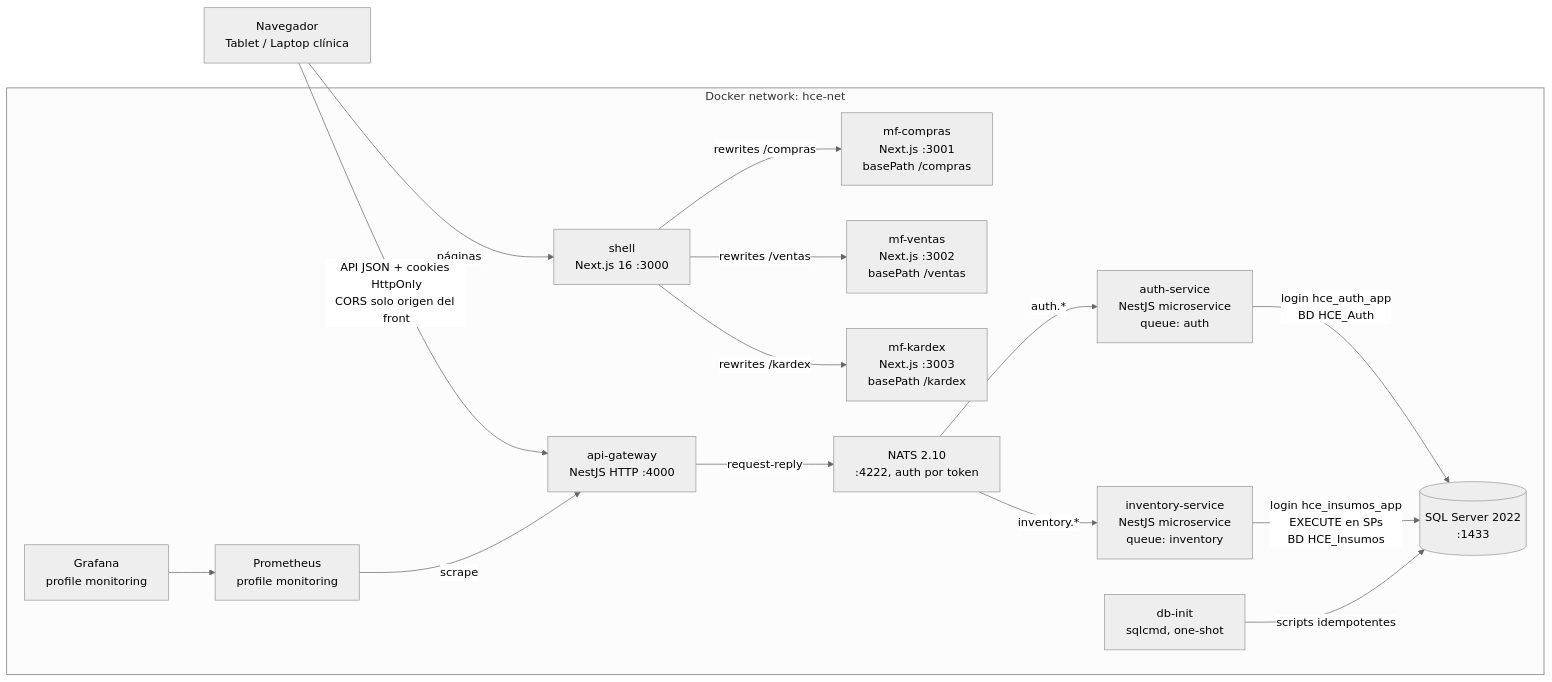
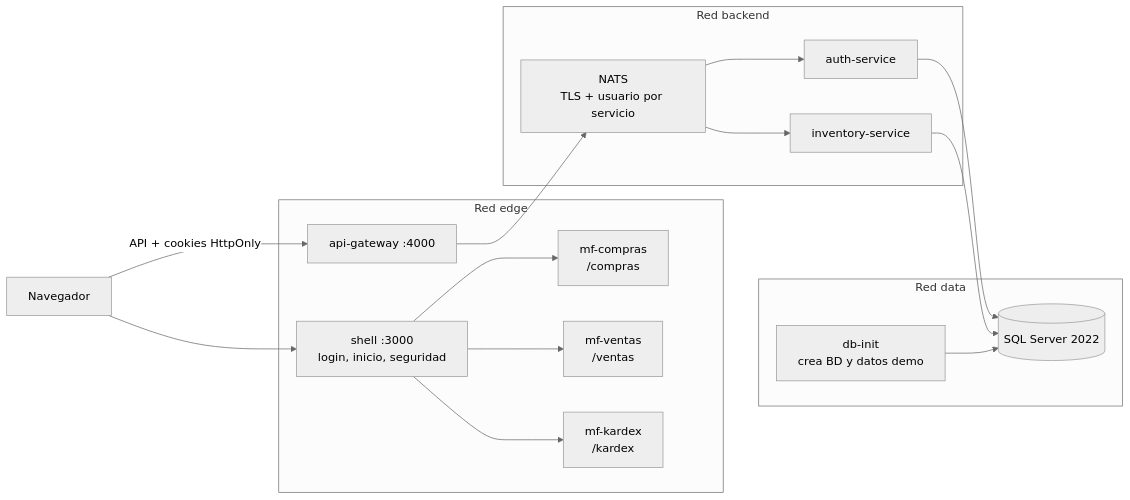
One commit to Hades0413/hce-insumos-platform changed the second of 9 diagrams in docs/ARQUITECTURA.md. Above: the diagram before and after it, drawn with Mermaid (neutral theme). The commit also changed other lines of this file and 419 other files, not shown here.

````diff
--- a/docs/ARQUITECTURA.md
+++ b/docs/ARQUITECTURA.md
@@ -42,33 +73,32 @@
 ```mermaid
 flowchart LR
-  browser["Navegador<br/>Tablet / Laptop clínica"]
+  browser["Navegador"]
 
-  subgraph net["Docker network: hce-net"]
-    shell["shell<br/>Next.js 16 :3000"]
-    mfc["mf-compras<br/>Next.js :3001<br/>basePath /compras"]
-    mfv["mf-ventas<br/>Next.js :3002<br/>basePath /ventas"]
-    mfk["mf-kardex<br/>Next.js :3003<br/>basePath /kardex"]
-    gw["api-gateway<br/>NestJS HTTP :4000"]
-    nats["NATS 2.10<br/>:4222, auth por token"]
-    auth["auth-service<br/>NestJS microservice<br/>queue: auth"]
-    inv["inventory-service<br/>NestJS microservice<br/>queue: inventory"]
-    mssql[("SQL Server 2022<br/>:1433")]
-    init["db-init<br/>sqlcmd, one-shot"]
-    prom["Prometheus<br/>profile monitoring"]
-    graf["Grafana<br/>profile monitoring"]
+  subgraph edge["Red edge"]
+    shell["shell :3000<br/>login, inicio, seguridad"]
+    mfc["mf-compras<br/>/compras"]
+    mfv["mf-ventas<br/>/ventas"]
+    mfk["mf-kardex<br/>/kardex"]
+    gw["api-gateway :4000"]
   end
 
-  browser -- "páginas" --> shell
-  shell -- "rewrites /compras" --> mfc
-  shell -- "rewrites /ventas" --> mfv
-  shell -- "rewrites /kardex" --> mfk
-  browser -- "API JSON + cookies HttpOnly<br/>CORS solo origen del front" --> gw
-  gw -- "request-reply" --> nats
-  nats -- "auth.*" --> auth
-  nats -- "inventory.*" --> inv
-  auth -- "login hce_auth_app<br/>BD HCE_Auth" --> mssql
-  inv -- "login hce_insumos_app<br/>EXECUTE en SPs<br/>BD HCE_Insumos" --> mssql
-  init -- "scripts idempotentes" --> mssql
-  prom -- "scrape" --> gw
-  graf --> prom
+  subgraph backend["Red backend"]
+    nats["NATS<br/>TLS + usuario por servicio"]
+    auth["auth-service"]
+    inv["inventory-service"]
+  end
+
+  subgraph data["Red data"]
+    db[("SQL Server 2022")]
+    init["db-init<br/>crea BD y datos demo"]
+  end
+
+  browser --> shell
+  shell --> mfc & mfv & mfk
+  browser -- "API + cookies HttpOnly" --> gw
+  gw --> nats
+  nats --> auth & inv
+  auth --> db
+  inv --> db
+  init --> db
 ```
````
